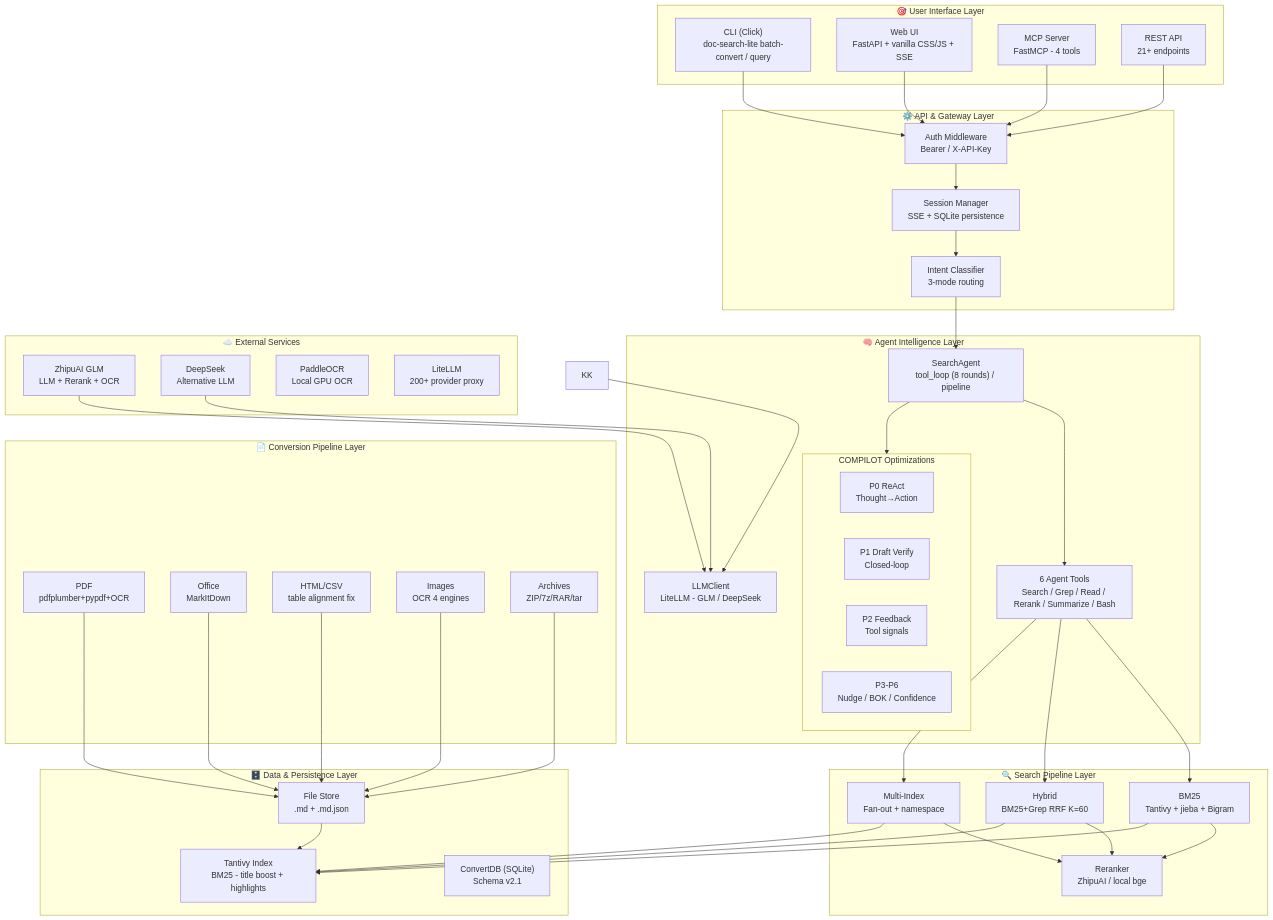
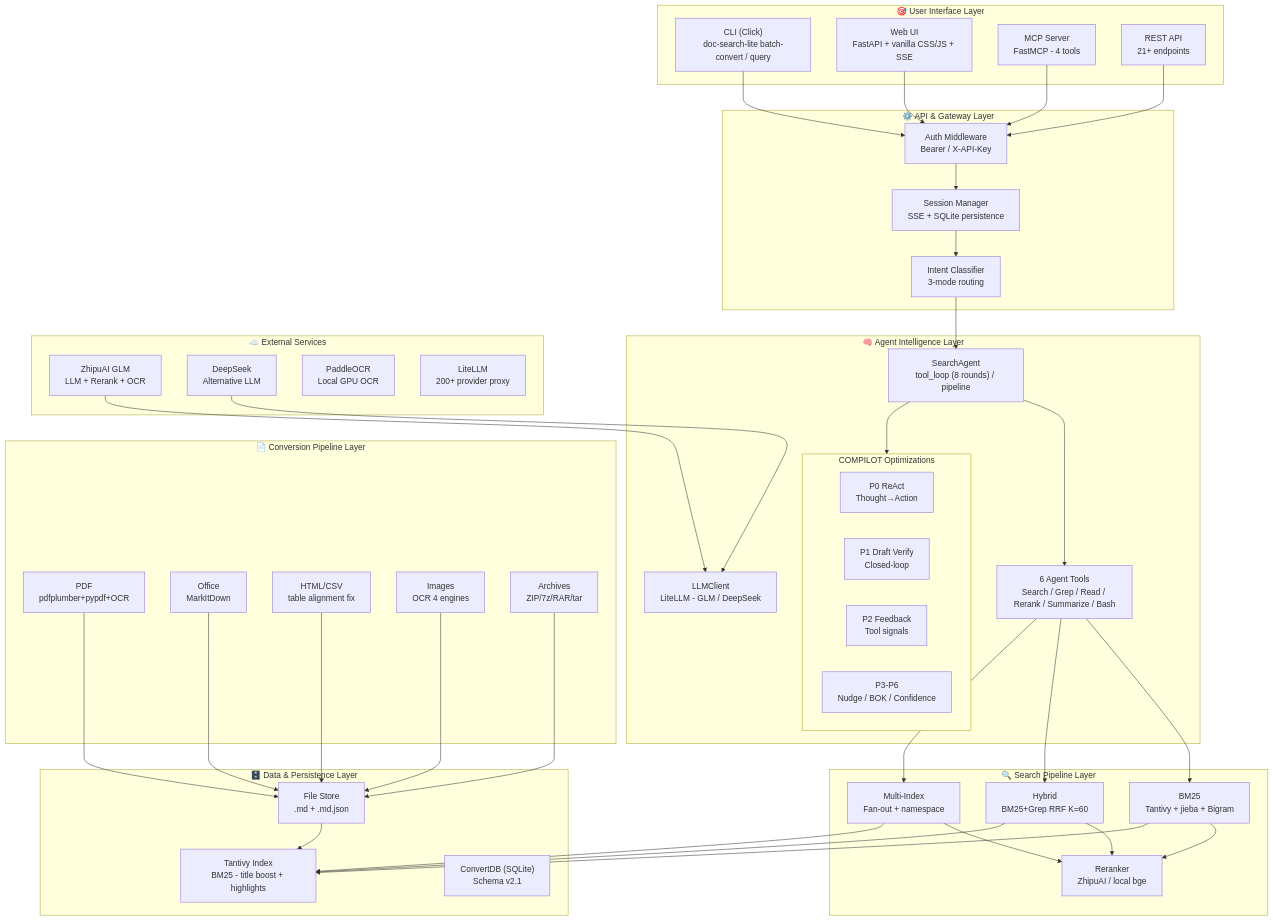
Before and after one commit to rickqi/doc-search-lite: the diagram in README.md, drawn with Mermaid.

Commit message:
fix: remove dangling KK→LLM edge in Mermaid diagram
KK nodes doesn't exist, causing Mermaid to render differently.

Now both README.md and README.en.md have identical diagram structure.

Ultraworked with Sisyphus

```diff
--- a/README.md
+++ b/README.md
@@ -217,7 +217,6 @@
     BM25 --> RK
     HY --> RK
     MI --> RK
-    KK --> LLM
     BM25 --> TIDX
     HY --> TIDX
     MI --> TIDX
```
